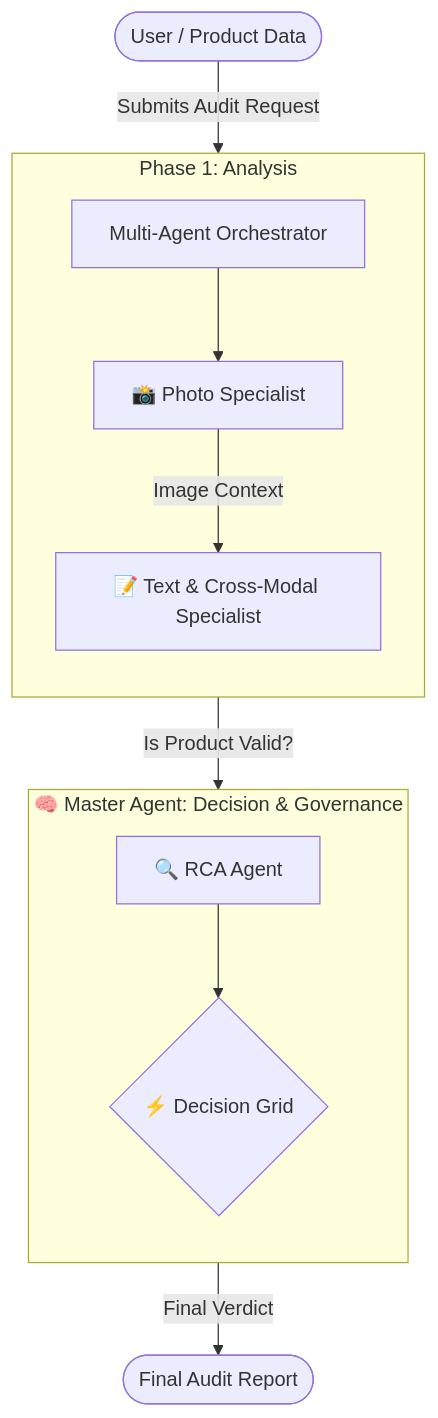
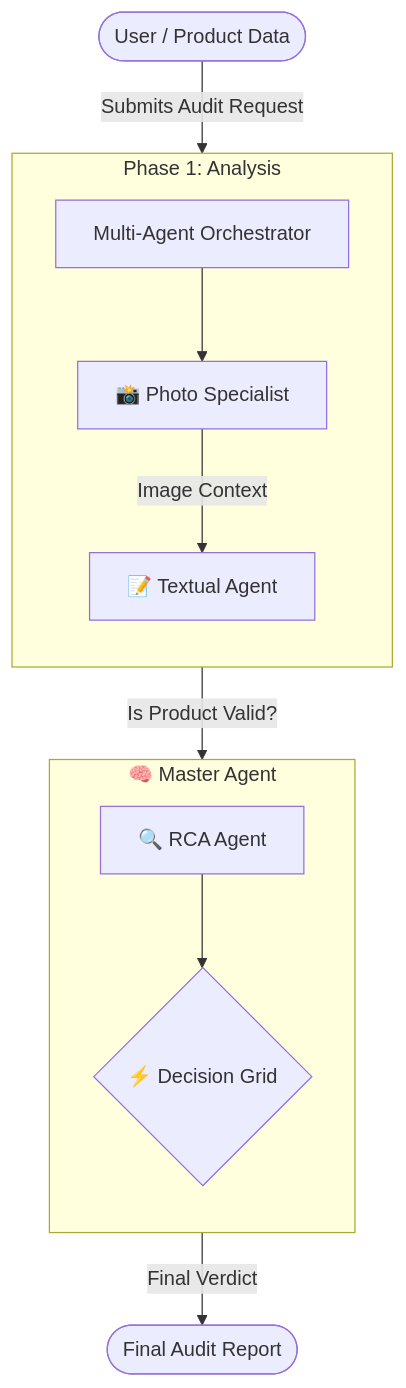
The diagram in gemini/Agent_Flow_High_Level.md (ayushsoam013/Multi-Agent-Auditor-1.4), drawn with Mermaid before and after one commit. The commit also changed other lines of this file, not shown here.

Commit message:
docs(architecture): update high-level agent flow documentation

````diff
--- a/gemini/Agent_Flow_High_Level.md
+++ b/gemini/Agent_Flow_High_Level.md
@@ -15,18 +15,18 @@
 ```mermaid
 graph TD
     User([User / Product Data]) -->|Submits Audit Request| Orchestrator[Multi-Agent Orchestrator]
 
     subgraph "Phase 1: Analysis"
         direction TB
         Orchestrator --> PhotoAgent[📸 Photo Specialist]
-        PhotoAgent -->|Image Context| TextualAgent[📝 Text & Cross-Modal Specialist]
+        PhotoAgent -->|Image Context| TextualAgent[📝 Textual Agent]
     end
 
-    subgraph MasterAgent [🧠 Master Agent: Decision & Governance]
+    subgraph MasterAgent [🧠 Master Agent]
         direction TB
         RCA[🔍 RCA Agent] --> Grid{⚡ Decision Grid}
     end
 
     TextualAgent -->|Is Product Valid?| MasterAgent
     MasterAgent -->|Final Verdict| Output([Final Audit Report])
 ```
````
